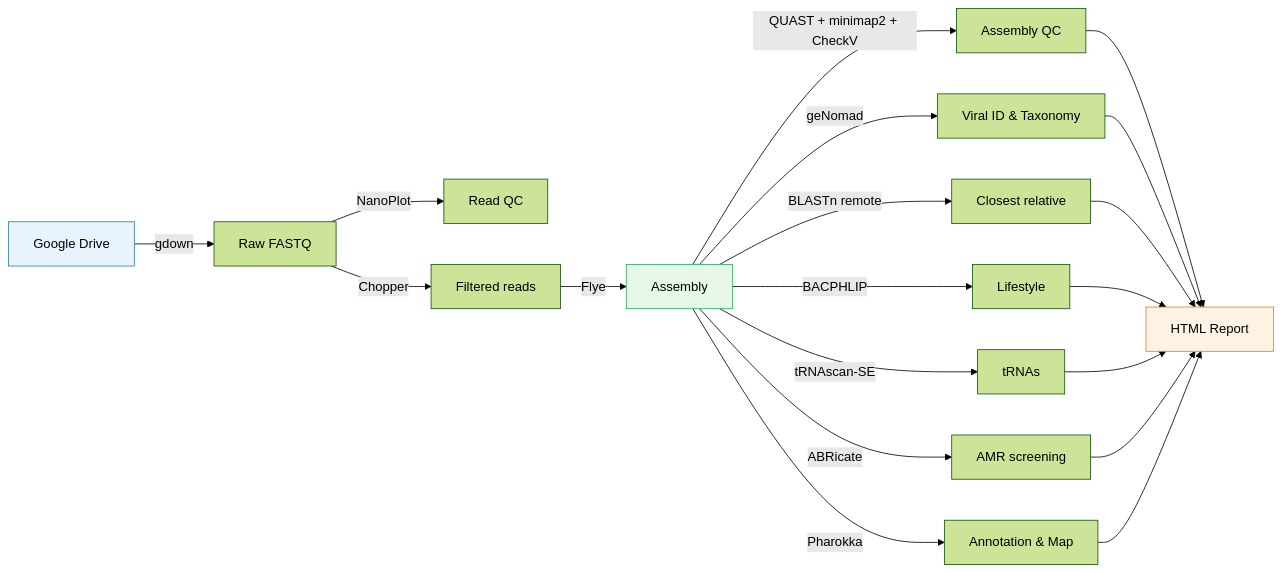
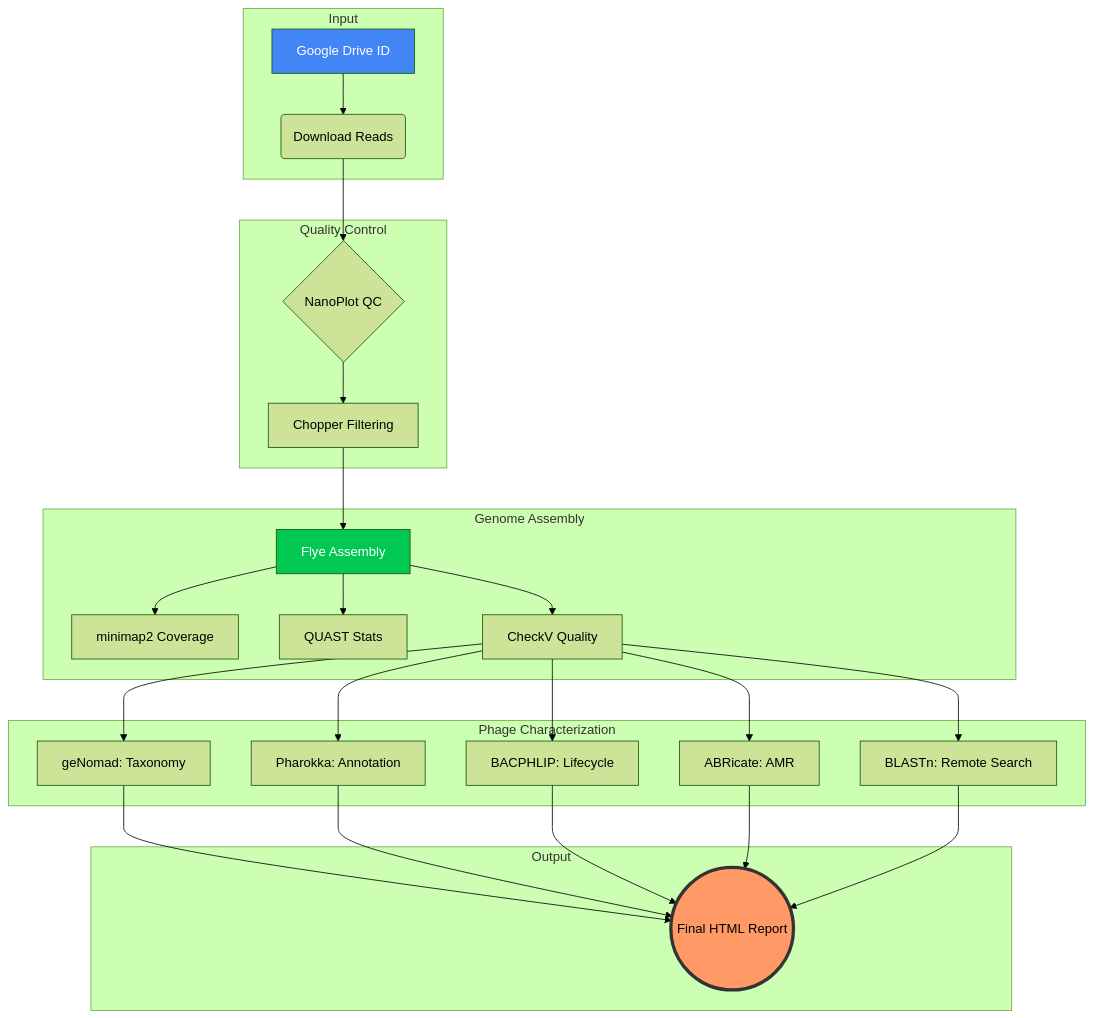
Before and after one commit to wgiovanni13/Nanophage: the diagram in README.md, drawn with Mermaid (forest theme).

Commit message:
README.md

````diff
--- a/README.md
+++ b/README.md
@@ -7,25 +7,34 @@
 ```mermaid
-graph LR
-    A[Google Drive] -->|gdown| B[Raw FASTQ]
-    B -->|NanoPlot| C[Read QC]
-    B -->|Chopper| D[Filtered reads]
-    D -->|Flye| E[Assembly]
-    E -->|QUAST + minimap2 + CheckV| F[Assembly QC]
-    E -->|geNomad| G[Viral ID & Taxonomy]
-    E -->|BLASTn remote| H[Closest relative]
-    E -->|BACPHLIP| I[Lifestyle]
-    E -->|tRNAscan-SE| J[tRNAs]
-    E -->|ABRicate| K[AMR screening]
-    E -->|Pharokka| L[Annotation & Map]
-    F --> M[HTML Report]
-    G --> M
-    H --> M
-    I --> M
-    J --> M
-    K --> M
-    L --> M
+graph TD
+    subgraph Input
+        A[Google Drive ID] --> B(Download Reads)
+    end
 
-    style A fill:#e8f4fd,stroke:#2980b9
-    style E fill:#e8f8e8,stroke:#27ae60
-    style M fill:#fef3e2,stroke:#e67e22
+    subgraph QC_Filtering["Quality Control"]
+        B --> C{NanoPlot QC}
+        C --> D[Chopper Filtering]
+    end
+
+    subgraph Assembly_Block["Genome Assembly"]
+        D --> E[Flye Assembly]
+        E --> F[minimap2 Coverage]
+        E --> G[QUAST Stats]
+        E --> H[CheckV Quality]
+    end
+
+    subgraph Analysis["Phage Characterization"]
+        H --> I[geNomad: Taxonomy]
+        H --> J[Pharokka: Annotation]
+        H --> K[BACPHLIP: Lifecycle]
+        H --> L[ABRicate: AMR]
+        H --> M[BLASTn: Remote Search]
+    end
+
+    subgraph Output
+        I & J & K & L & M --> N((Final HTML Report))
+    end
+
+    style N fill:#f96,stroke:#333,stroke-width:4px
+    style A fill:#4285F4,color:#fff
+    style E fill:#00C853,color:#fff
 ```
````
